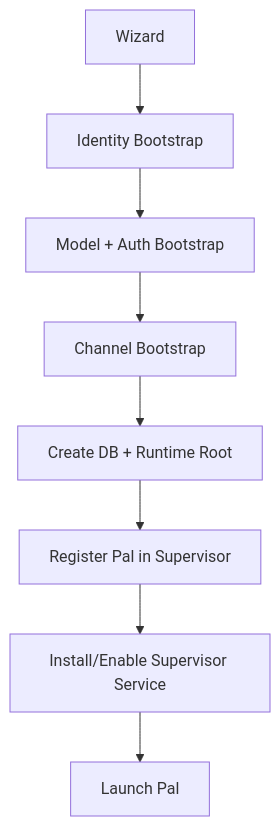
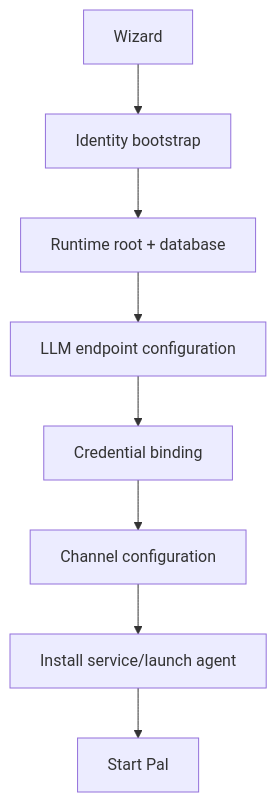
Before and after one commit to OtakuNathan/Pal: the diagram in docs/pal_bootstrap_and_process.md, drawn with Mermaid. The commit also changed other lines of this file and 107 other files, not shown here.

````diff
--- a/docs/pal_bootstrap_and_process.md
+++ b/docs/pal_bootstrap_and_process.md
@@ -196,10 +149,10 @@
 ```mermaid
 flowchart TD
-    W["Wizard"] --> ID["Identity Bootstrap"]
-    ID --> LLM["Model + Auth Bootstrap"]
-    LLM --> CH["Channel Bootstrap"]
-    CH --> DB["Create DB + Runtime Root"]
-    DB --> REG["Register Pal in Supervisor"]
-    REG --> SVC["Install/Enable Supervisor Service"]
-    SVC --> RUN["Launch Pal"]
+    W["Wizard"] --> ID["Identity bootstrap"]
+    ID --> ROOT["Runtime root + database"]
+    ROOT --> LLM["LLM endpoint configuration"]
+    LLM --> AUTH["Credential binding"]
+    AUTH --> CH["Channel configuration"]
+    CH --> SVC["Install service/launch agent"]
+    SVC --> RUN["Start Pal"]
 ```
````
